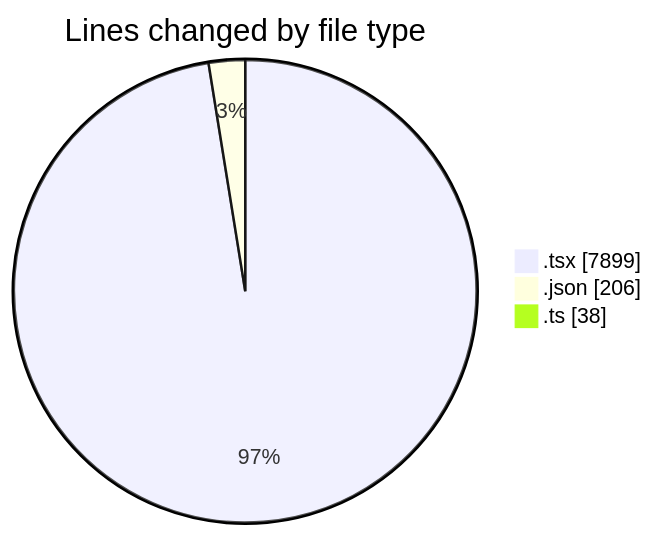
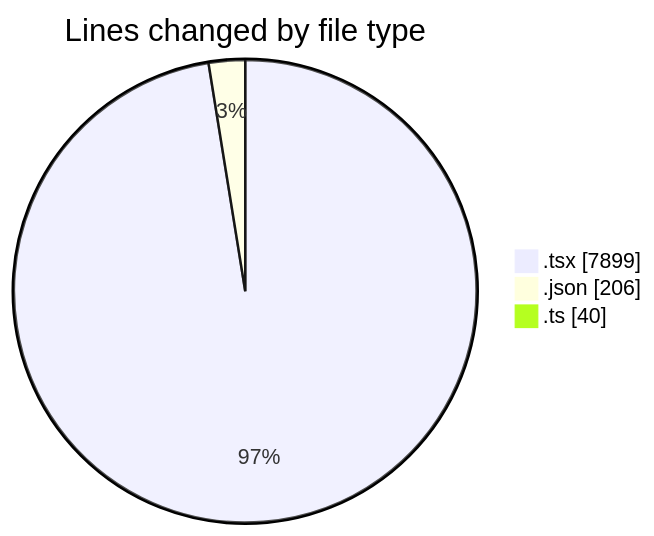
One commit to momahboobian/code-tracking changed the first of 2 diagrams in 2026-11-13/broadcaster-v6-feature/README.md. Above: the diagram before and after it, drawn with Mermaid. The commit also changed other lines of this file and 1 other file, not shown here.

````diff
--- a/2026-11-13/broadcaster-v6-feature/README.md
+++ b/2026-11-13/broadcaster-v6-feature/README.md
@@ -49,7 +49,7 @@
 ```mermaid
 pie showData
 title Lines changed by file type
 ".tsx" : 7899
 ".json" : 206
-".ts" : 38
+".ts" : 40
 ```
````
